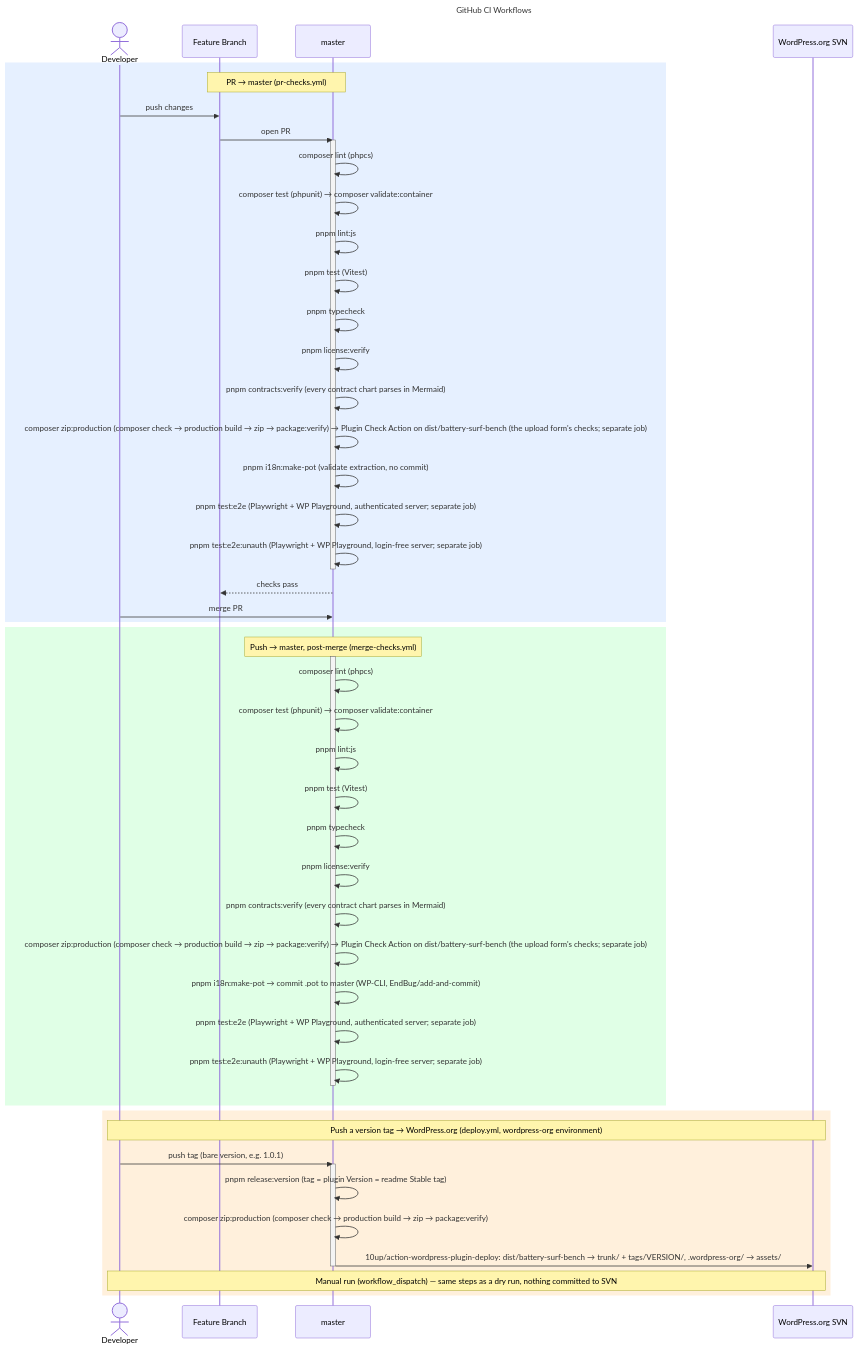
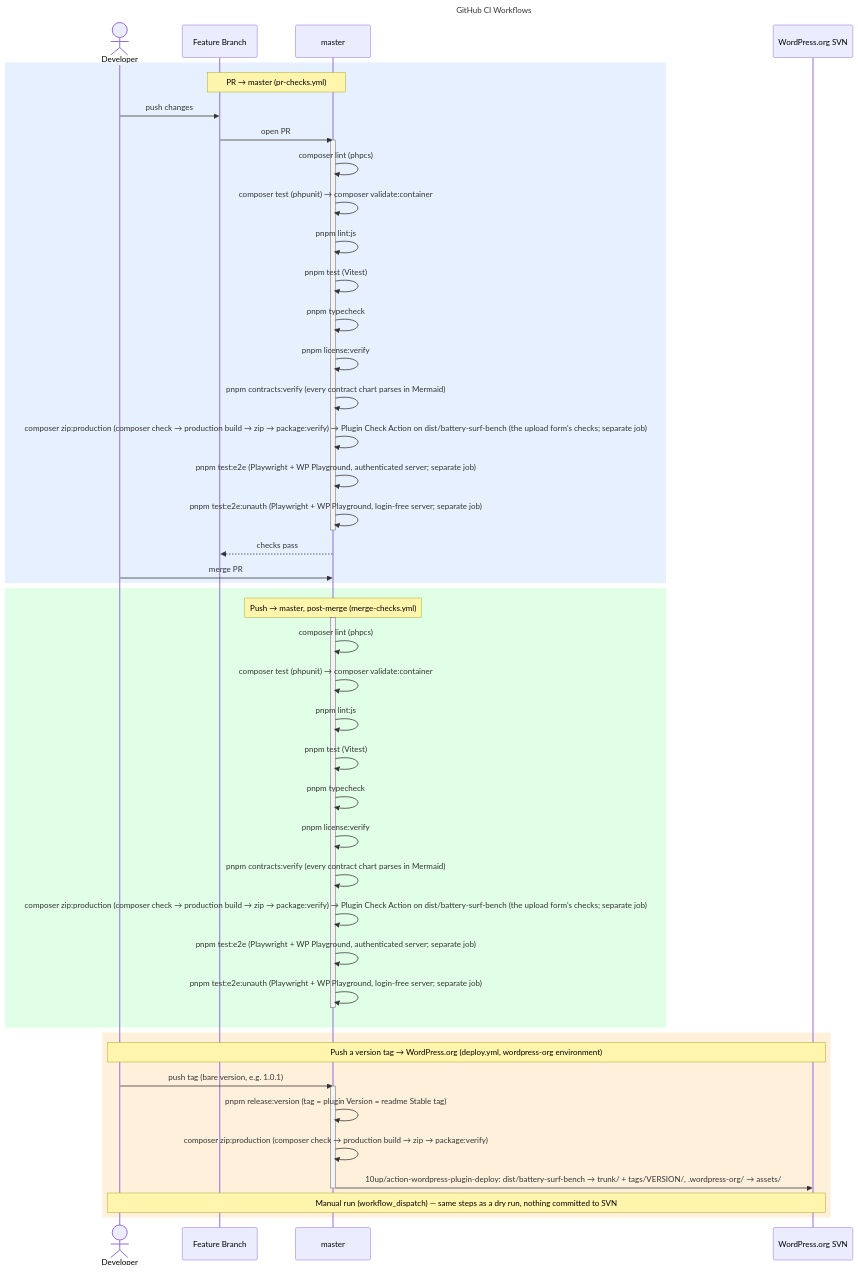
The diagram in docs/contracts/ci-workflow.mmd (erdembircan/battery-surf-bench), drawn with Mermaid before and after one commit. The commit also changed 17 other files, not shown here.

```diff
--- a/docs/contracts/ci-workflow.mmd
+++ b/docs/contracts/ci-workflow.mmd
@@ -1,60 +1,58 @@
 ---
 title: GitHub CI Workflows
 ---
 %% Characters Mermaid would misread inside a label are written as entity codes,
 %% which render as the character itself: #58; ':', #59; ';', #40; '(', #41; ')',
 %% #123; '{', #125; '}'. See "Keeping Charts Parseable" in CLAUDE.md.
 sequenceDiagram
     actor Dev as Developer
     participant FB as Feature Branch
     participant M as master
     participant SVN as WordPress.org SVN
 
     rect rgb(230, 240, 255)
         Note over FB,M: PR → master (pr-checks.yml)
         Dev->>FB: push changes
         FB->>M: open PR
         activate M
         M->>M: composer lint (phpcs)
         M->>M: composer test (phpunit) → composer validate:container
         M->>M: pnpm lint:js
         M->>M: pnpm test (Vitest)
         M->>M: pnpm typecheck
         M->>M: pnpm license:verify
         M->>M: pnpm contracts:verify (every contract chart parses in Mermaid)
         M->>M: composer zip:production (composer check → production build → zip → package:verify) → Plugin Check Action on dist/battery-surf-bench (the upload form's checks#59; separate job)
-        M->>M: pnpm i18n:make-pot (validate extraction, no commit)
         M->>M: pnpm test:e2e (Playwright + WP Playground, authenticated server#59; separate job)
         M->>M: pnpm test:e2e:unauth (Playwright + WP Playground, login-free server#59; separate job)
         deactivate M
         M-->>FB: checks pass
         Dev->>M: merge PR
     end
 
     rect rgb(224, 255, 230)
         Note over M: Push → master, post-merge (merge-checks.yml)
         activate M
         M->>M: composer lint (phpcs)
         M->>M: composer test (phpunit) → composer validate:container
         M->>M: pnpm lint:js
         M->>M: pnpm test (Vitest)
         M->>M: pnpm typecheck
         M->>M: pnpm license:verify
         M->>M: pnpm contracts:verify (every contract chart parses in Mermaid)
         M->>M: composer zip:production (composer check → production build → zip → package:verify) → Plugin Check Action on dist/battery-surf-bench (the upload form's checks#59; separate job)
-        M->>M: pnpm i18n:make-pot → commit .pot to master (WP-CLI, EndBug/add-and-commit)
         M->>M: pnpm test:e2e (Playwright + WP Playground, authenticated server#59; separate job)
         M->>M: pnpm test:e2e:unauth (Playwright + WP Playground, login-free server#59; separate job)
         deactivate M
     end
 
     rect rgb(255, 240, 220)
         Note over Dev,SVN: Push a version tag → WordPress.org (deploy.yml, wordpress-org environment)
         Dev->>M: push tag (bare version, e.g. 1.0.1)
         activate M
         M->>M: pnpm release:version (tag = plugin Version = readme Stable tag)
         M->>M: composer zip:production (composer check → production build → zip → package:verify)
         M->>SVN: 10up/action-wordpress-plugin-deploy#58; dist/battery-surf-bench → trunk/ + tags/VERSION/, .wordpress-org/ → assets/
         deactivate M
         Note over Dev,SVN: Manual run (workflow_dispatch) — same steps as a dry run, nothing committed to SVN
     end
```
